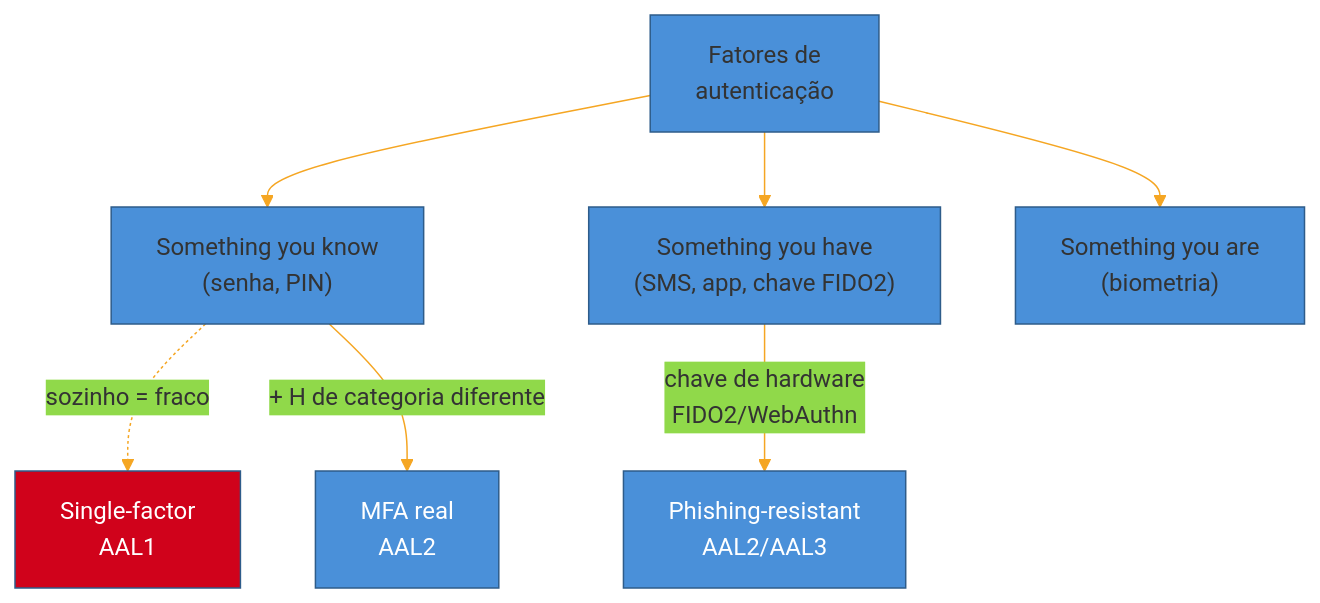
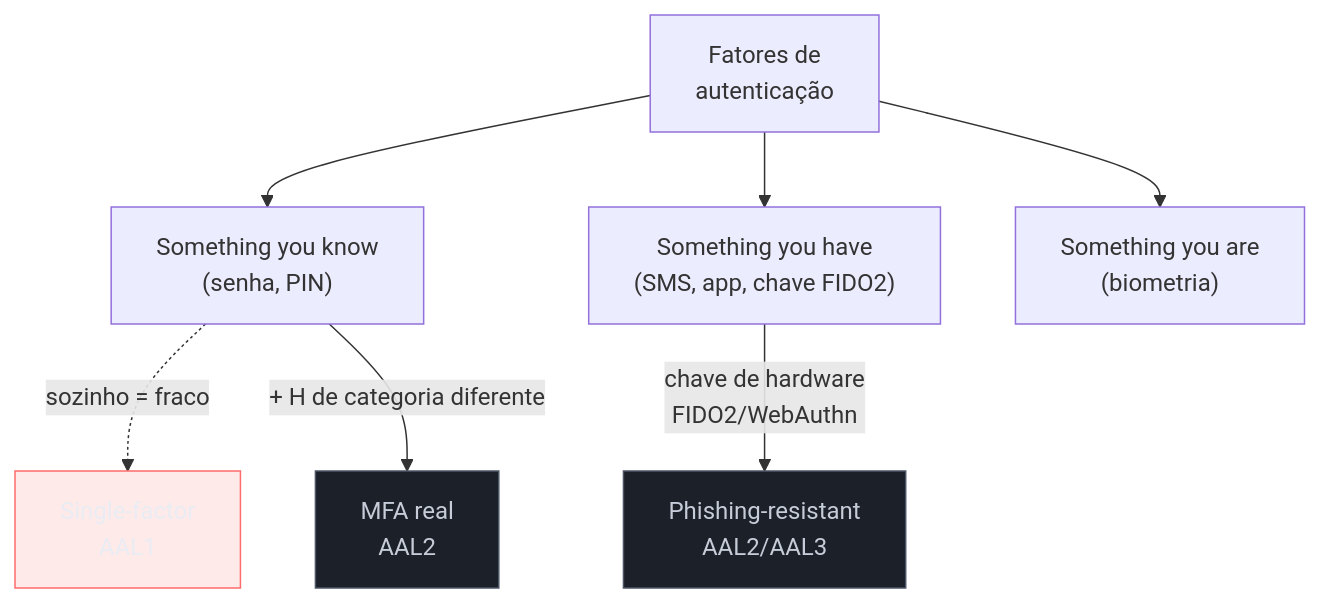
The second of 4 diagrams in 03-Dominios/Engenharia/Auth e Identidade/1 - Fundamentos de identidade/01 - Identidade, autenticação e autorização — o mapa.md (josenaldo/codex-technomanticus), drawn with Mermaid before and after one commit. The commit also changed other lines of this file and 1181 other files, not shown here.

First line of the commit message:
fix(diagramas): paleta do sistema no lugar de cor cravada no markdown

````diff
--- a/03-Dominios/Engenharia/Auth e Identidade/1 - Fundamentos de identidade/01 - Identidade, autenticação e autorização — o mapa.md
+++ b/03-Dominios/Engenharia/Auth e Identidade/1 - Fundamentos de identidade/01 - Identidade, autenticação e autorização — o mapa.md
@@ -127,15 +126,16 @@
 ```mermaid
-%%{init: {"theme": "base", "themeVariables": {"primaryColor": "#4A90D9", "primaryBorderColor": "#2E5C8A", "lineColor": "#F5A623"}}}%%
 graph TD
+    classDef falha fill:#FF6B6B24,stroke:#FF6B6B,color:#E9ECF2
+    classDef neutro fill:#1B2029,stroke:#4E5666,color:#C6CCD8
     F["Fatores de<br/>autenticação"] --> K["Something you know<br/>(senha, PIN)"]
     F --> H["Something you have<br/>(SMS, app, chave FIDO2)"]
     F --> B["Something you are<br/>(biometria)"]
 
     K -.->|"sozinho = fraco"| SF["Single-factor<br/>AAL1"]
     K -->|"+ H de categoria diferente"| MFA["MFA real<br/>AAL2"]
     H -->|"chave de hardware<br/>FIDO2/WebAuthn"| PR["Phishing-resistant<br/>AAL2/AAL3"]
 
-    style SF fill:#D0021B,color:#fff
-    style MFA fill:#4A90D9,color:#fff
-    style PR fill:#4A90D9,color:#fff
+    class SF falha
+    class MFA neutro
+    class PR neutro
 ```
````
